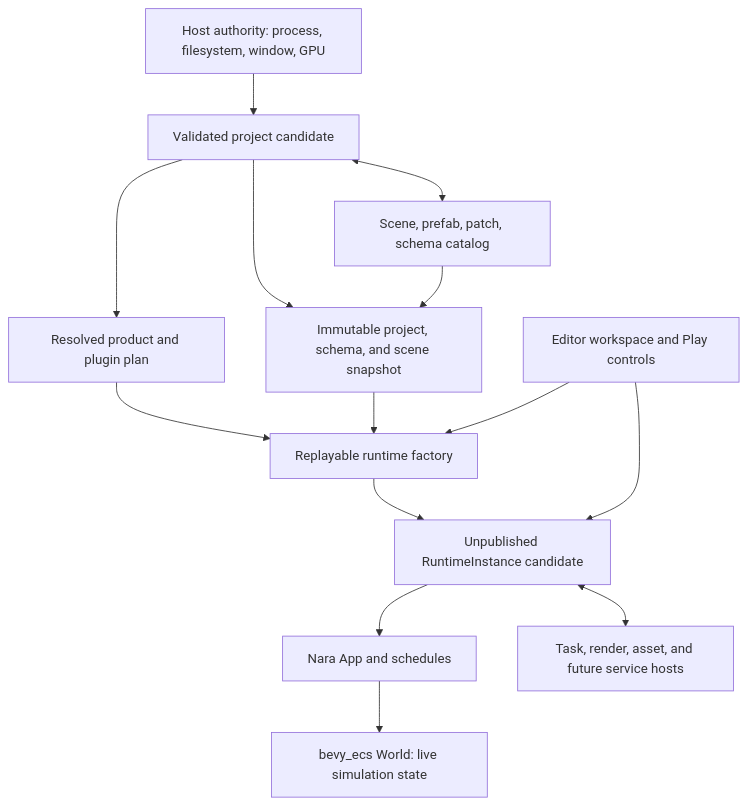
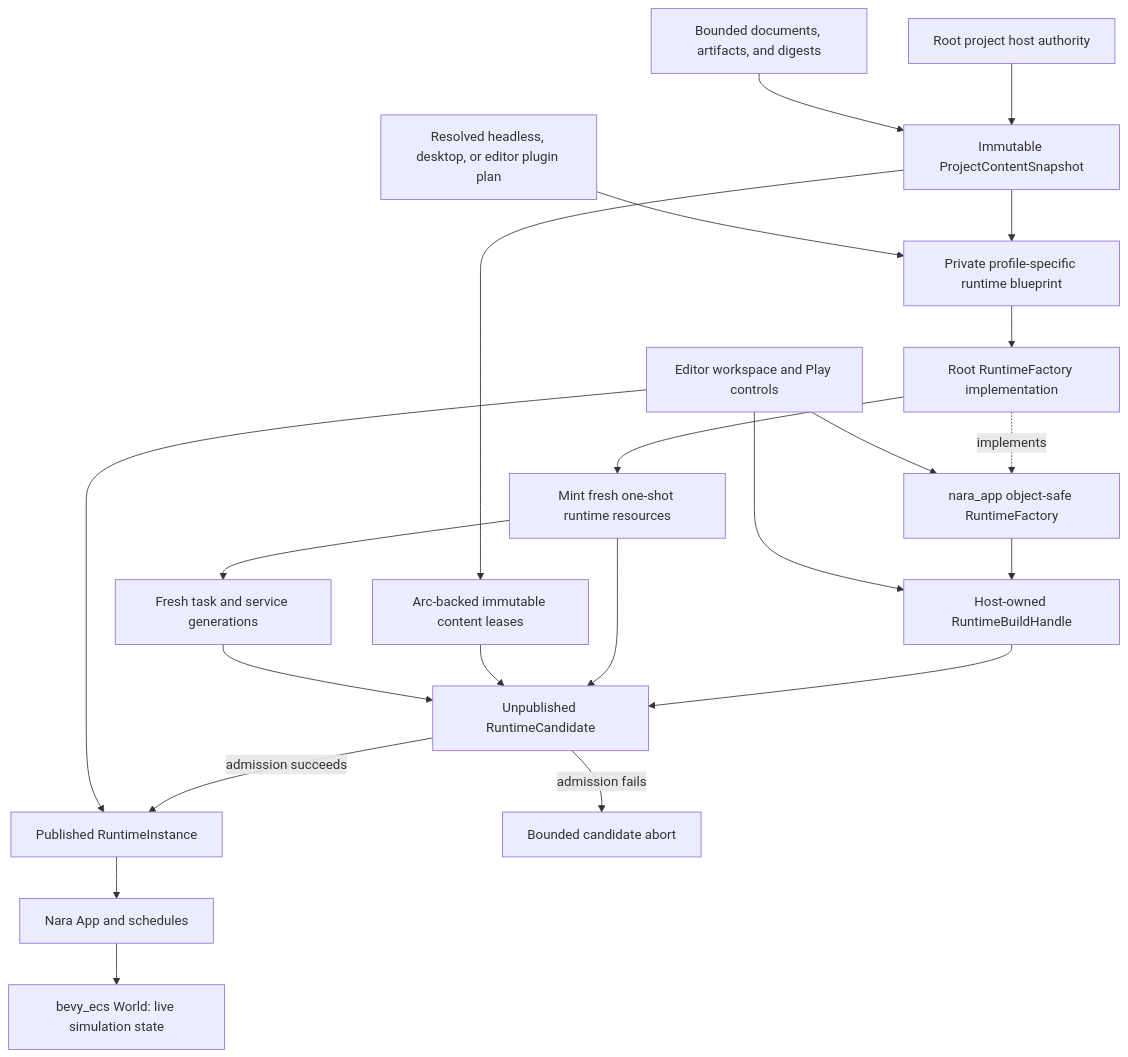
One commit to Latias94/nara changed the second of 7 diagrams in docs/plans/2026-07-12-001-refactor-reference-game-driven-foundation-plan.md. Above: the diagram before and after it, drawn with Mermaid. The commit also changed other lines of this file, not shown here.

First line of the commit message:
docs(plan): tighten reference-game foundation sequencing

````diff
--- a/docs/plans/2026-07-12-001-refactor-reference-game-driven-foundation-plan.md
+++ b/docs/plans/2026-07-12-001-refactor-reference-game-driven-foundation-plan.md
@@ -178,16 +216,24 @@
 ```mermaid
 flowchart TD
-    Host[Host authority: process, filesystem, window, GPU] --> Project[Validated project candidate]
-    Project --> Plan[Resolved product and plugin plan]
-    Project --> Snapshot[Immutable project, schema, and scene snapshot]
-    Plan --> Factory[Replayable runtime factory]
-    Snapshot --> Factory
-    Factory --> Runtime[Unpublished RuntimeInstance candidate]
+    Host[Root project host authority] --> Snapshot[Immutable ProjectContentSnapshot]
+    Documents[Bounded documents, artifacts, and digests] --> Snapshot
+    Snapshot --> Blueprint[Private profile-specific runtime blueprint]
+    Snapshot --> Leases[Arc-backed immutable content leases]
+    Profile[Resolved headless, desktop, or editor plugin plan] --> Blueprint
+    Blueprint --> Factory[Root RuntimeFactory implementation]
+    Factory -. implements .-> Contract[nara_app object-safe RuntimeFactory]
+    Contract --> Build[Host-owned RuntimeBuildHandle]
+    Build --> Candidate[Unpublished RuntimeCandidate]
+    Factory --> Mint[Mint fresh one-shot runtime resources]
+    Mint --> Candidate
+    Candidate -->|admission succeeds| Runtime[Published RuntimeInstance]
+    Candidate -->|admission fails| Abort[Bounded candidate abort]
     Runtime --> App[Nara App and schedules]
     App --> World[bevy_ecs World: live simulation state]
-    Runtime <--> Services[Task, render, asset, and future service hosts]
-    Project <--> Documents[Scene, prefab, patch, schema catalog]
-    Documents --> Snapshot
-    Tooling[Editor workspace and Play controls] --> Factory
+    Mint --> Services[Fresh task and service generations]
+    Leases --> Candidate
+    Services --> Candidate
+    Tooling[Editor workspace and Play controls] --> Contract
+    Tooling --> Build
     Tooling --> Runtime
 ```
````
